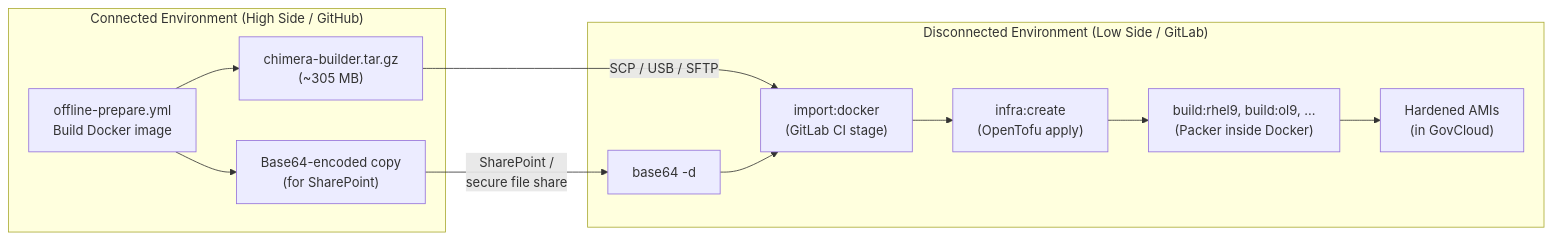
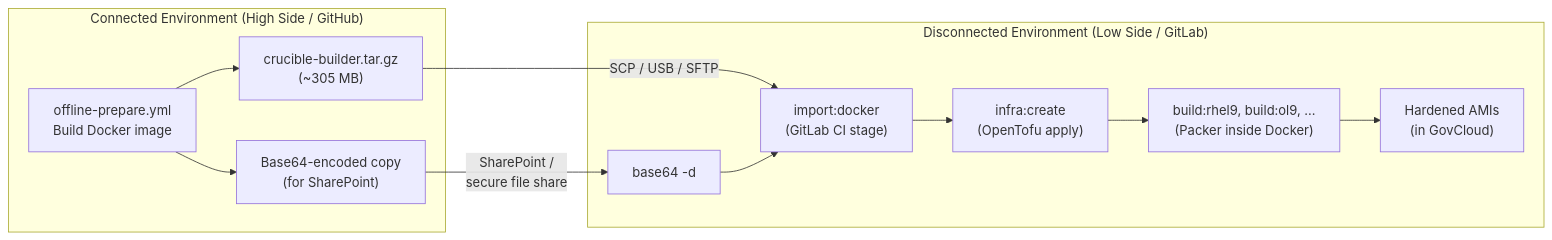
The second of 4 diagrams in docs/capability/reference-architecture.md (MetroStar/spel), drawn with Mermaid before and after one commit. The commit also changed other lines of this file and 228 other files, not shown here.

First line of the commit message:
Rename Chimera to Crucible across documentation and infrastructure code

````diff
--- a/docs/capability/reference-architecture.md
+++ b/docs/capability/reference-architecture.md
@@ -75,23 +75,23 @@
 ```mermaid
 flowchart LR
     subgraph high ["Connected Environment (High Side / GitHub)"]
         Prep["offline-prepare.yml<br/>Build Docker image"]
-        Tar["chimera-builder.tar.gz<br/>(~305 MB)"]
+        Tar["crucible-builder.tar.gz<br/>(~305 MB)"]
         B64["Base64-encoded copy<br/>(for SharePoint)"]
         Prep --> Tar
         Prep --> B64
     end
 
     Tar -->|"SCP / USB / SFTP"| Import
     B64 -->|"SharePoint /<br/>secure file share"| Decode
 
     subgraph low ["Disconnected Environment (Low Side / GitLab)"]
         Decode["base64 -d"]
         Import["import:docker<br/>(GitLab CI stage)"]
         Decode --> Import
         Infra["infra:create<br/>(OpenTofu apply)"]
         Build["build:rhel9, build:ol9, ...<br/>(Packer inside Docker)"]
         Import --> Infra --> Build
         Build --> AMI["Hardened AMIs<br/>(in GovCloud)"]
     end
 ```
````
